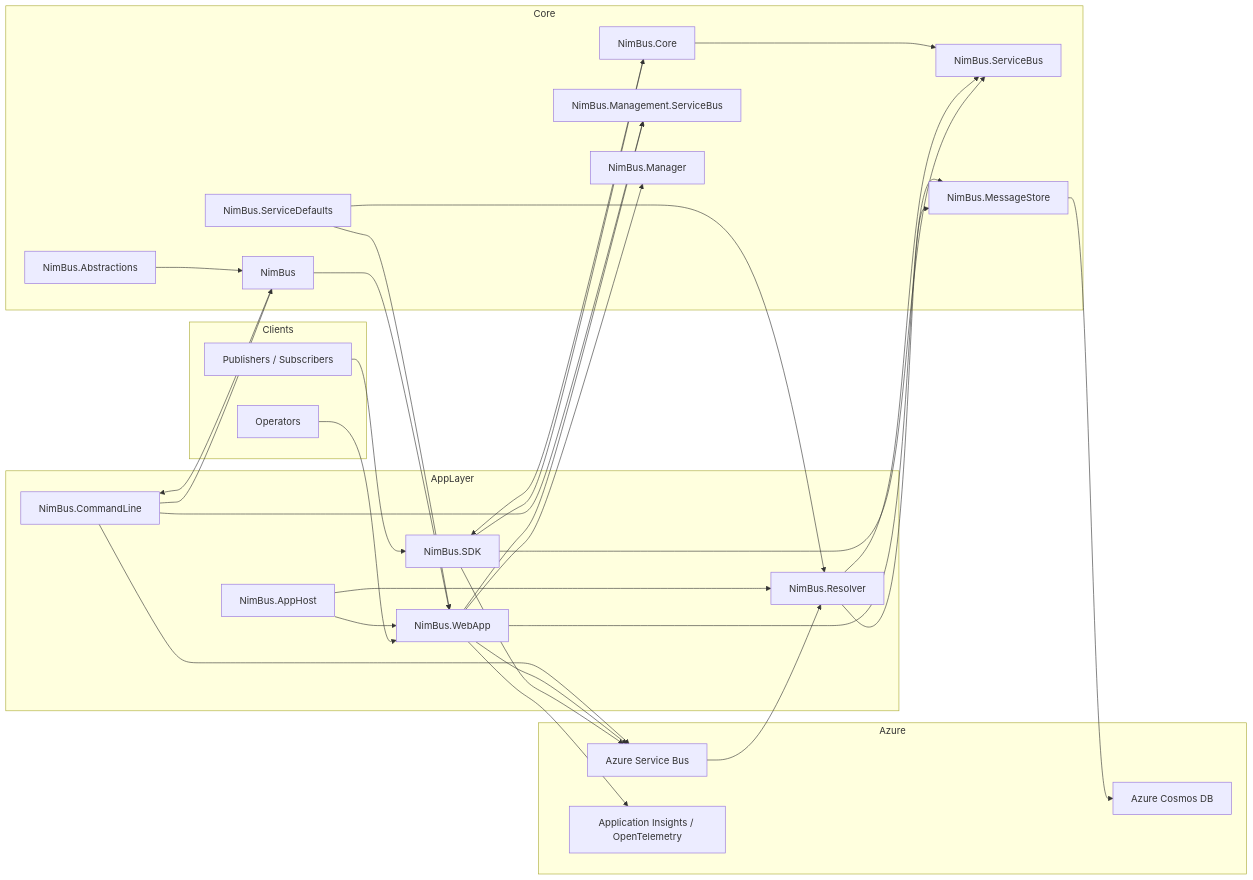
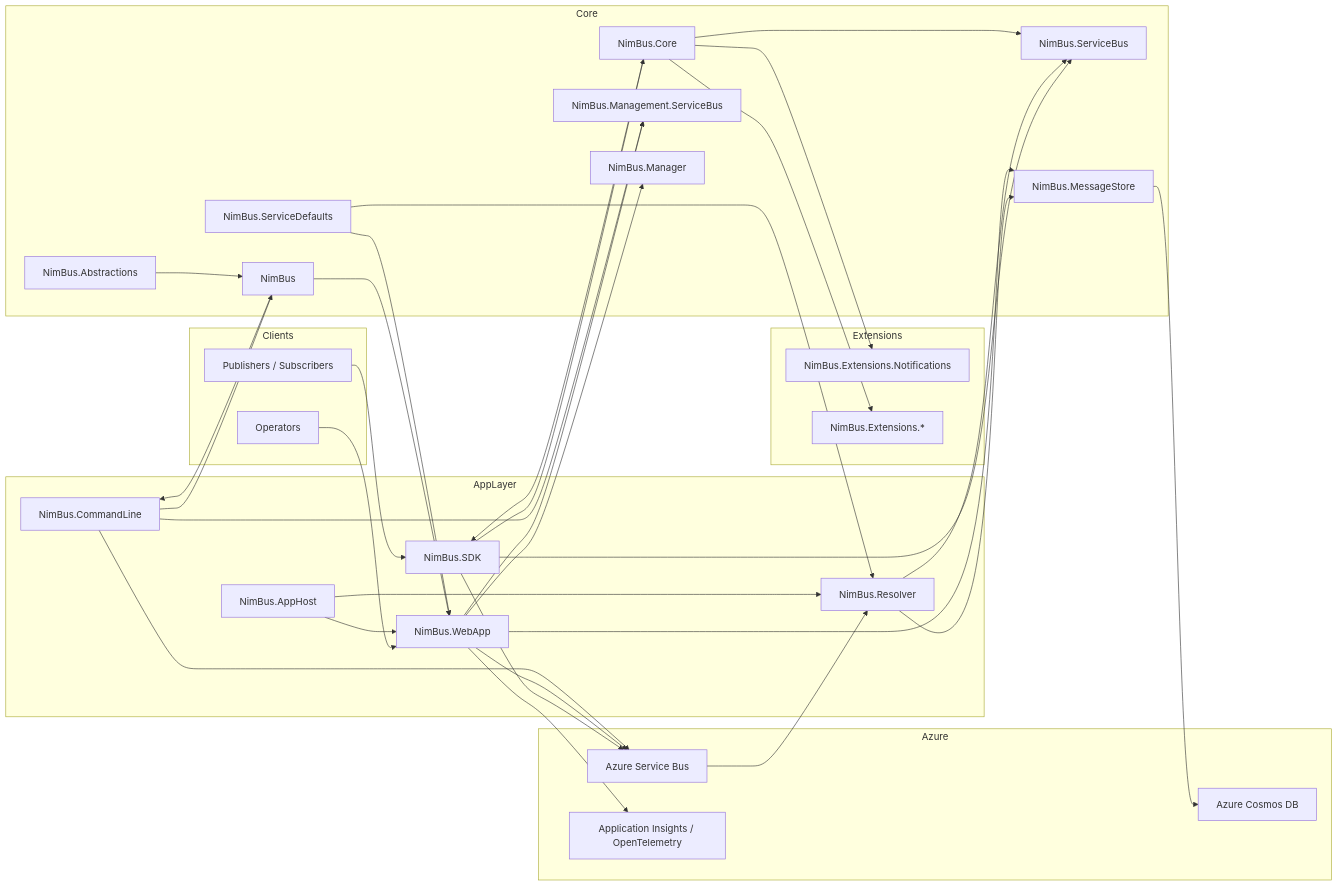
The first of 5 diagrams in docs/architecture.md (akakaule/NimBus), drawn with Mermaid before and after one commit. The commit also changed other lines of this file and 2 other files, not shown here.

````diff
--- a/docs/architecture.md
+++ b/docs/architecture.md
@@ -19,64 +19,71 @@
 ```mermaid
 flowchart LR
     subgraph Clients
         PUB[Publishers / Subscribers]
         OPS[Operators]
     end
 
     subgraph AppLayer
         SDK[NimBus.SDK]
         WEB[NimBus.WebApp]
         RES[NimBus.Resolver]
         CLI[NimBus.CommandLine]
         HOST[NimBus.AppHost]
     end
 
     subgraph Core
         ABS[NimBus.Abstractions]
         DOMAIN[NimBus]
         CORE[NimBus.Core]
         SB[NimBus.ServiceBus]
         MGMT[NimBus.Management.ServiceBus]
         STORE[NimBus.MessageStore]
         MGR[NimBus.Manager]
         DEF[NimBus.ServiceDefaults]
+    end
+
+    subgraph Extensions
+        EXT_NOTIF[NimBus.Extensions.Notifications]
+        EXT_OTHER[NimBus.Extensions.*]
     end
 
     subgraph Azure
         ASB[Azure Service Bus]
         COSMOS[Azure Cosmos DB]
         APPINSIGHTS[Application Insights / OpenTelemetry]
     end
 
     PUB --> SDK
     SDK --> CORE
     SDK --> SB
     SDK --> ASB
 
     ASB --> RES
     RES --> SB
     RES --> STORE
     STORE --> COSMOS
 
     OPS --> WEB
     WEB --> STORE
     WEB --> MGMT
     WEB --> MGR
     WEB --> ASB
     WEB --> APPINSIGHTS
 
     CLI --> DOMAIN
     CLI --> MGMT
     CLI --> ASB
 
     HOST --> WEB
     HOST --> RES
 
     ABS --> DOMAIN
     DOMAIN --> WEB
     DOMAIN --> CLI
     CORE --> SDK
     CORE --> SB
+    CORE --> EXT_NOTIF
+    CORE --> EXT_OTHER
     DEF --> WEB
     DEF --> RES
 ```
````
